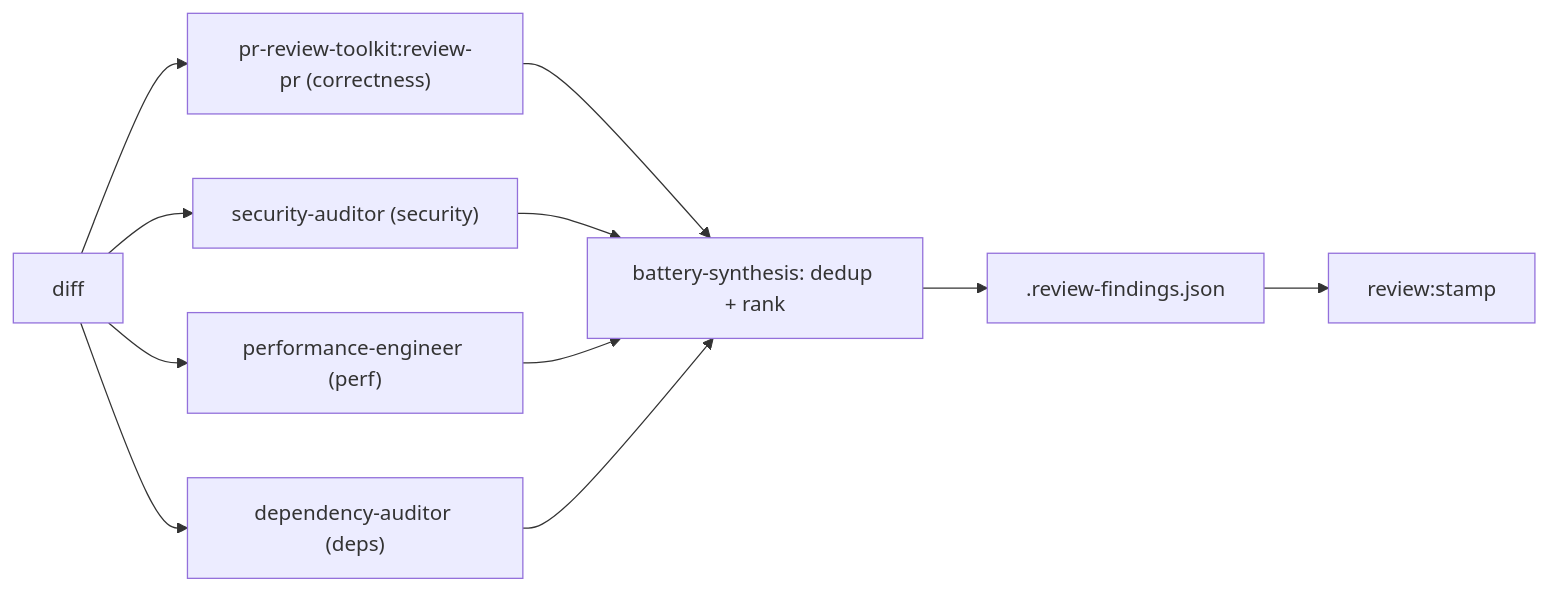
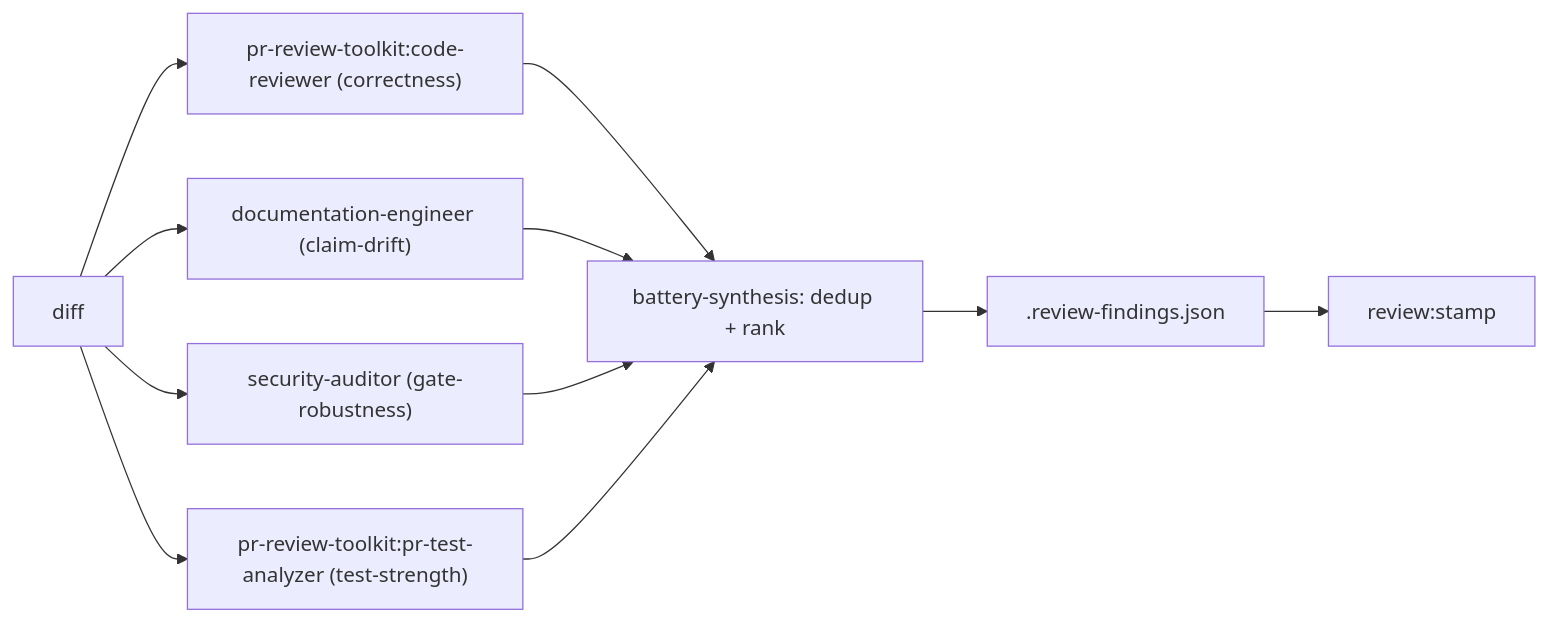
One commit to erikunha/portfolio changed the third of 3 diagrams in docs/handbook/ai-assisted-development.md. Above: the diagram before and after it, drawn with Mermaid. The commit also changed other lines of this file and 42 other files, not shown here.

````diff
--- a/docs/handbook/ai-assisted-development.md
+++ b/docs/handbook/ai-assisted-development.md
@@ -81,10 +81,10 @@
 ```mermaid
 flowchart LR
-    diff["diff"] --> b1["pr-review-toolkit:review-pr (correctness)"]
-    diff --> b2["security-auditor (security)"]
-    diff --> b3["performance-engineer (perf)"]
-    diff --> b4["dependency-auditor (deps)"]
+    diff["diff"] --> b1["pr-review-toolkit:code-reviewer (correctness)"]
+    diff --> b2["documentation-engineer (claim-drift)"]
+    diff --> b3["security-auditor (gate-robustness)"]
+    diff --> b4["pr-review-toolkit:pr-test-analyzer (test-strength)"]
     b1 & b2 & b3 & b4 --> synth["battery-synthesis: dedup + rank"]
     synth --> ledger[".review-findings.json"]
     ledger --> stamp["review:stamp"]
 ```
````
